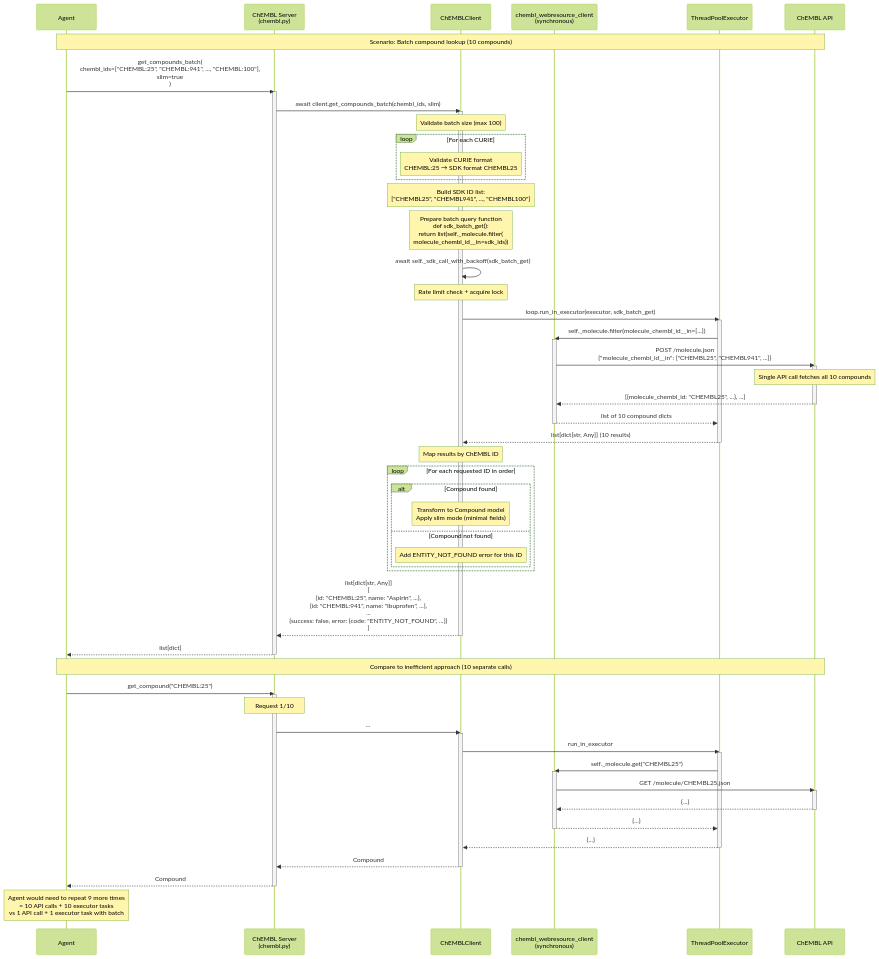
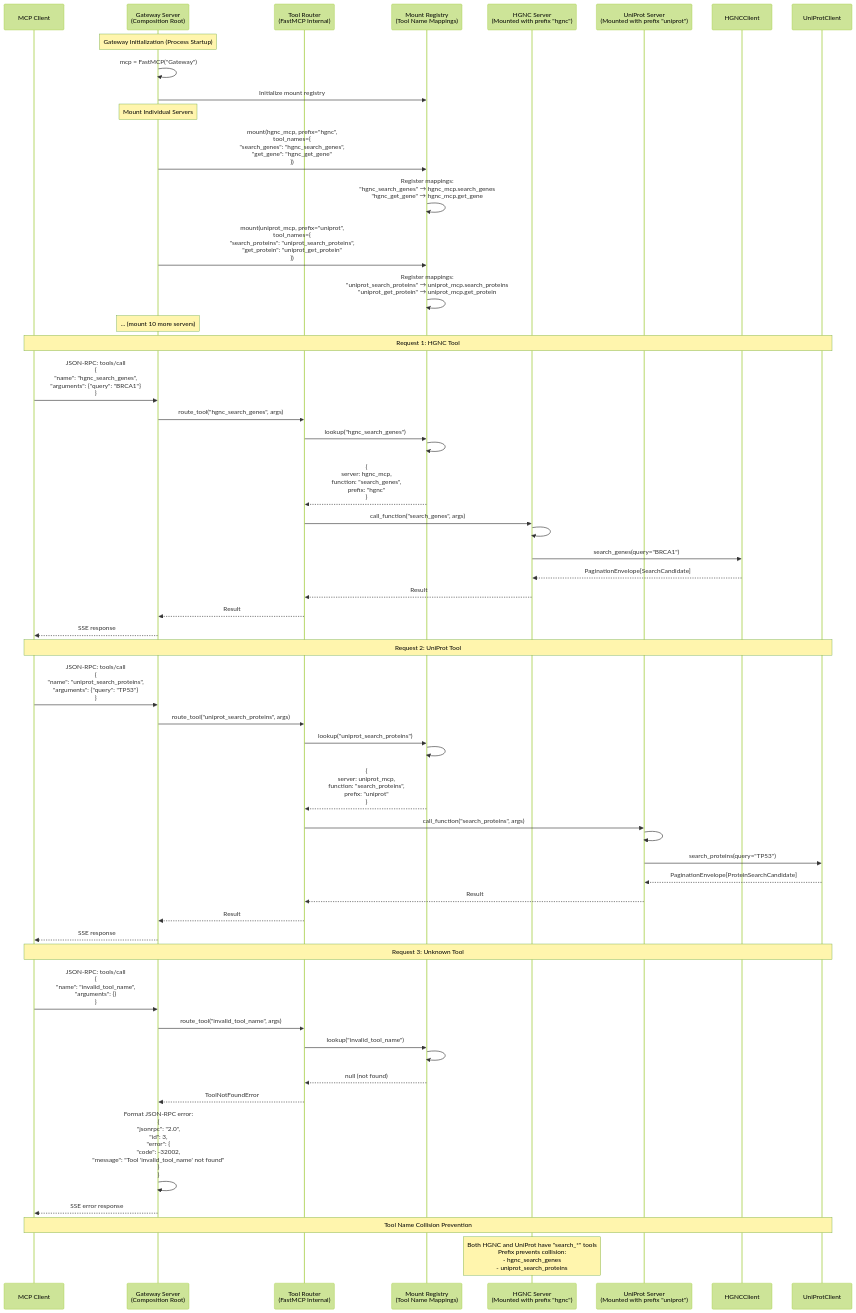
The fifth of 7 diagrams in architecture/docs/03_data_flows.md (donbr/lifesciences-research), drawn with Mermaid (forest theme) before and after one commit. The commit also changed other lines of this file and 11 other files, not shown here.

First line of the commit message:
Remove experimental aggregator and update architecture docs

````diff
--- a/architecture/docs/03_data_flows.md
+++ b/architecture/docs/03_data_flows.md
@@ -650,91 +713,74 @@
 ```mermaid
 sequenceDiagram
-    participant Agent
-    participant MCPServer as ChEMBL Server<br/>(chembl.py)
-    participant Client as ChEMBLClient
-    participant SDK as chembl_webresource_client<br/>(synchronous)
-    participant Executor as ThreadPoolExecutor
-    participant API as ChEMBL API
+    participant MCP_Client as MCP Client
+    participant Gateway as Gateway Server<br/>(Composition Root)
+    participant Router as Tool Router<br/>(FastMCP Internal)
+    participant Mount_Registry as Mount Registry<br/>(Tool Name Mappings)
+    participant HGNC_Server as HGNC Server<br/>(Mounted with prefix "hgnc")
+    participant UniProt_Server as UniProt Server<br/>(Mounted with prefix "uniprot")
+    participant HGNC_Client as HGNCClient
+    participant UniProt_Client as UniProtClient
 
-    Note over Agent,API: Scenario: Batch compound lookup (10 compounds)
+    Note over Gateway: Gateway Initialization (Process Startup)
+    Gateway->>Gateway: mcp = FastMCP("Gateway")
+    Gateway->>Mount_Registry: Initialize mount registry
 
-    Agent->>MCPServer: get_compounds_batch(<br/>  chembl_ids=["CHEMBL:25", "CHEMBL:941", ..., "CHEMBL:100"],<br/>  slim=true<br/>)
-    activate MCPServer
+    Note over Gateway: Mount Individual Servers
+    Gateway->>Mount_Registry: mount(hgnc_mcp, prefix="hgnc",<br/>  tool_names={<br/>    "search_genes": "hgnc_search_genes",<br/>    "get_gene": "hgnc_get_gene"<br/>  })
+    Mount_Registry->>Mount_Registry: Register mappings:<br/>"hgnc_search_genes" → hgnc_mcp.search_genes<br/>"hgnc_get_gene" → hgnc_mcp.get_gene
 
-    MCPServer->>Client: await client.get_compounds_batch(chembl_ids, slim)
-    activate Client
+    Gateway->>Mount_Registry: mount(uniprot_mcp, prefix="uniprot",<br/>  tool_names={<br/>    "search_proteins": "uniprot_search_proteins",<br/>    "get_protein": "uniprot_get_protein"<br/>  })
+    Mount_Registry->>Mount_Registry: Register mappings:<br/>"uniprot_search_proteins" → uniprot_mcp.search_proteins<br/>"uniprot_get_protein" → uniprot_mcp.get_protein
 
-    Note over Client: Validate batch size (max 100)
+    Note over Gateway: ... (mount 10 more servers)
 
-    loop For each CURIE
-        Note over Client: Validate CURIE format<br/>CHEMBL:25 → SDK format CHEMBL25
-    end
+    Note over MCP_Client,UniProt_Client: Request 1: HGNC Tool
+    MCP_Client->>Gateway: JSON-RPC: tools/call<br/>{<br/>  "name": "hgnc_search_genes",<br/>  "arguments": {"query": "BRCA1"}<br/>}
 
-    Note over Client: Build SDK ID list:<br/>["CHEMBL25", "CHEMBL941", ..., "CHEMBL100"]
+    Gateway->>Router: route_tool("hgnc_search_genes", args)
 
-    Note over Client: Prepare batch query function<br/>def sdk_batch_get():<br/>  return list(self._molecule.filter(<br/>    molecule_chembl_id__in=sdk_ids))
+    Router->>Mount_Registry: lookup("hgnc_search_genes")
+    Mount_Registry->>Mount_Registry: # Search registry:<br/># "hgnc_search_genes" → found<br/># Mapped to: hgnc_mcp.search_genes
+    Mount_Registry-->>Router: {<br/>  server: hgnc_mcp,<br/>  function: "search_genes",<br/>  prefix: "hgnc"<br/>}
 
-    Client->>Client: await self._sdk_call_with_backoff(sdk_batch_get)
+    Router->>HGNC_Server: call_function("search_genes", args)
+    HGNC_Server->>HGNC_Server: # @mcp.tool decorated function<br/># src/lifesciences_mcp/servers/hgnc.py:36
+    HGNC_Server->>HGNC_Client: search_genes(query="BRCA1")
+    HGNC_Client-->>HGNC_Server: PaginationEnvelope[SearchCandidate]
+    HGNC_Server-->>Router: Result
+    Router-->>Gateway: Result
+    Gateway-->>MCP_Client: SSE response
 
-    Note over Client: Rate limit check + acquire lock
+    Note over MCP_Client,UniProt_Client: Request 2: UniProt Tool
+    MCP_Client->>Gateway: JSON-RPC: tools/call<br/>{<br/>  "name": "uniprot_search_proteins",<br/>  "arguments": {"query": "TP53"}<br/>}
 
-    Client->>Executor: loop.run_in_executor(executor, sdk_batch_get)
-    activate Executor
+    Gateway->>Router: route_tool("uniprot_search_proteins", args)
 
-    Executor->>SDK: self._molecule.filter(molecule_chembl_id__in=[...])
-    activate SDK
+    Router->>Mount_Registry: lookup("uniprot_search_proteins")
+    Mount_Registry->>Mount_Registry: # Search registry:<br/># "uniprot_search_proteins" → found<br/># Mapped to: uniprot_mcp.search_proteins
+    Mount_Registry-->>Router: {<br/>  server: uniprot_mcp,<br/>  function: "search_proteins",<br/>  prefix: "uniprot"<br/>}
 
-    SDK->>API: POST /molecule.json<br/>{"molecule_chembl_id__in": ["CHEMBL25", "CHEMBL941", ...]}
-    activate API
-    Note over API: Single API call fetches all 10 compounds
-    API-->>SDK: [{molecule_chembl_id: "CHEMBL25", ...}, ...]
-    deactivate API
+    Router->>UniProt_Server: call_function("search_proteins", args)
+    UniProt_Server->>UniProt_Server: # @mcp.tool decorated function<br/># src/lifesciences_mcp/servers/uniprot.py
+    UniProt_Server->>UniProt_Client: search_proteins(query="TP53")
+    UniProt_Client-->>UniProt_Server: PaginationEnvelope[ProteinSearchCandidate]
+    UniProt_Server-->>Router: Result
+    Router-->>Gateway: Result
+    Gateway-->>MCP_Client: SSE response
 
-    SDK-->>Executor: list of 10 compound dicts
-    deactivate SDK
+    Note over MCP_Client,UniProt_Client: Request 3: Unknown Tool
+    MCP_Client->>Gateway: JSON-RPC: tools/call<br/>{<br/>  "name": "invalid_tool_name",<br/>  "arguments": {}<br/>}
 
-    Executor-->>Client: list[dict[str, Any]] (10 results)
-    deactivate Executor
+    Gateway->>Router: route_tool("invalid_tool_name", args)
 
-    Note over Client: Map results by ChEMBL ID
+    Router->>Mount_Registry: lookup("invalid_tool_name")
+    Mount_Registry->>Mount_Registry: # Search registry:<br/># "invalid_tool_name" → not found
+    Mount_Registry-->>Router: null (not found)
 
-    loop For each requested ID in order
-        alt Compound found
-            Note over Client: Transform to Compound model<br/>Apply slim mode (minimal fields)
-        else Compound not found
-            Note over Client: Add ENTITY_NOT_FOUND error for this ID
-        end
-    end
+    Router-->>Gateway: ToolNotFoundError
+    Gateway->>Gateway: Format JSON-RPC error:<br/>{<br/>  "jsonrpc": "2.0",<br/>  "id": 3,<br/>  "error": {<br/>    "code": -32002,<br/>    "message": "Tool 'invalid_tool_name' not found"<br/>  }<br/>}
+    Gateway-->>MCP_Client: SSE error response
 
-    Client-->>MCPServer: list[dict[str, Any]]<br/>[<br/>  {id: "CHEMBL:25", name: "Aspirin", ...},<br/>  {id: "CHEMBL:941", name: "Ibuprofen", ...},<br/>  ...<br/>  {success: false, error: {code: "ENTITY_NOT_FOUND", ...}}<br/>]
-    deactivate Client
-
-    MCPServer-->>Agent: list[dict]
-    deactivate MCPServer
-
-    Note over Agent,API: Compare to inefficient approach (10 separate calls)
-
-    Agent->>MCPServer: get_compound("CHEMBL:25")
-    activate MCPServer
-    Note over MCPServer: Request 1/10
-    MCPServer->>Client: ...
-    activate Client
-    Client->>Executor: run_in_executor
-    activate Executor
-    Executor->>SDK: self._molecule.get("CHEMBL25")
-    activate SDK
-    SDK->>API: GET /molecule/CHEMBL25.json
-    activate API
-    API-->>SDK: {...}
-    deactivate API
-    SDK-->>Executor: {...}
-    deactivate SDK
-    Executor-->>Client: {...}
-    deactivate Executor
-    Client-->>MCPServer: Compound
-    deactivate Client
-    MCPServer-->>Agent: Compound
-    deactivate MCPServer
-
-    Note over Agent: Agent would need to repeat 9 more times<br/>= 10 API calls + 10 executor tasks<br/>vs 1 API call + 1 executor task with batch
+    Note over MCP_Client,UniProt_Client: Tool Name Collision Prevention
+    Note over HGNC_Server: Both HGNC and UniProt have "search_*" tools<br/>Prefix prevents collision:<br/>- hgnc_search_genes<br/>- uniprot_search_proteins
 ```
````
